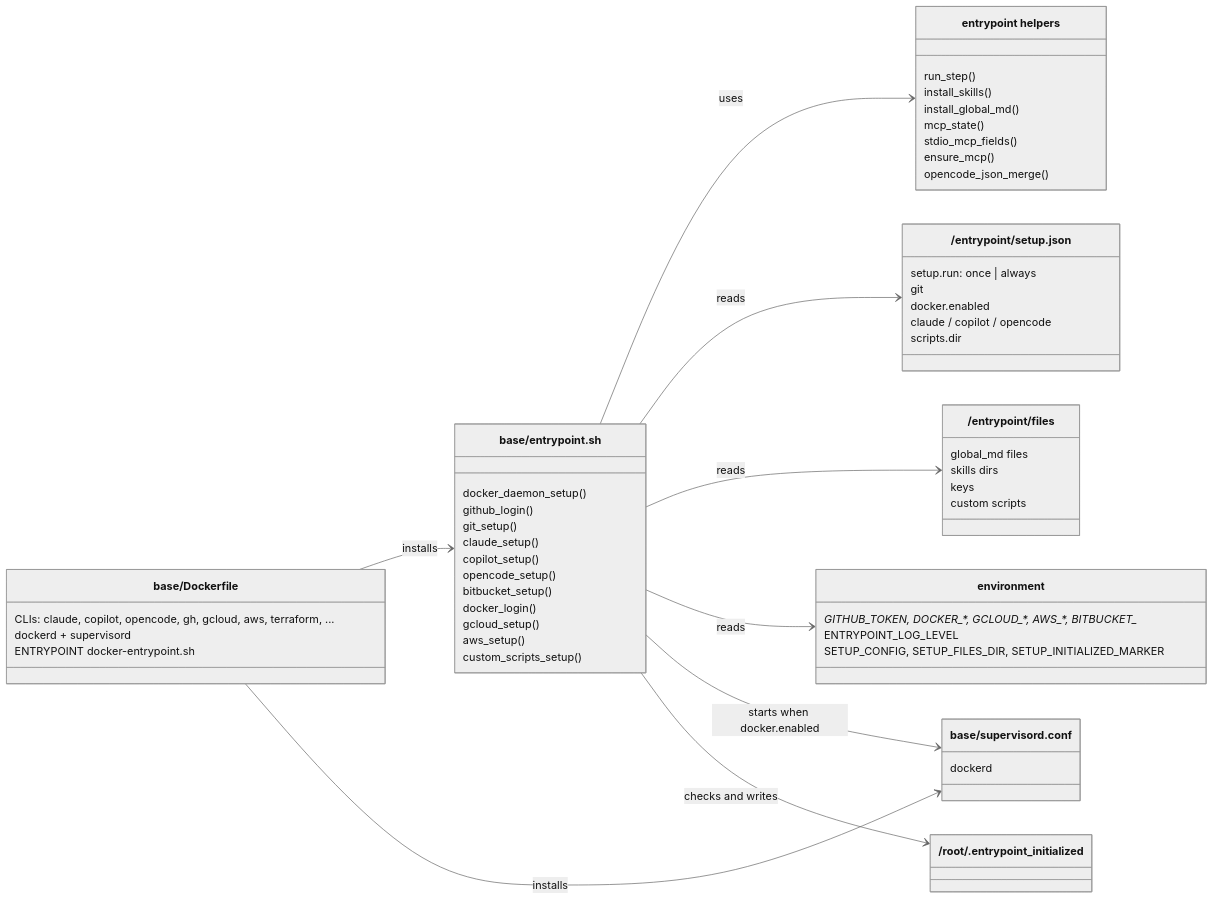
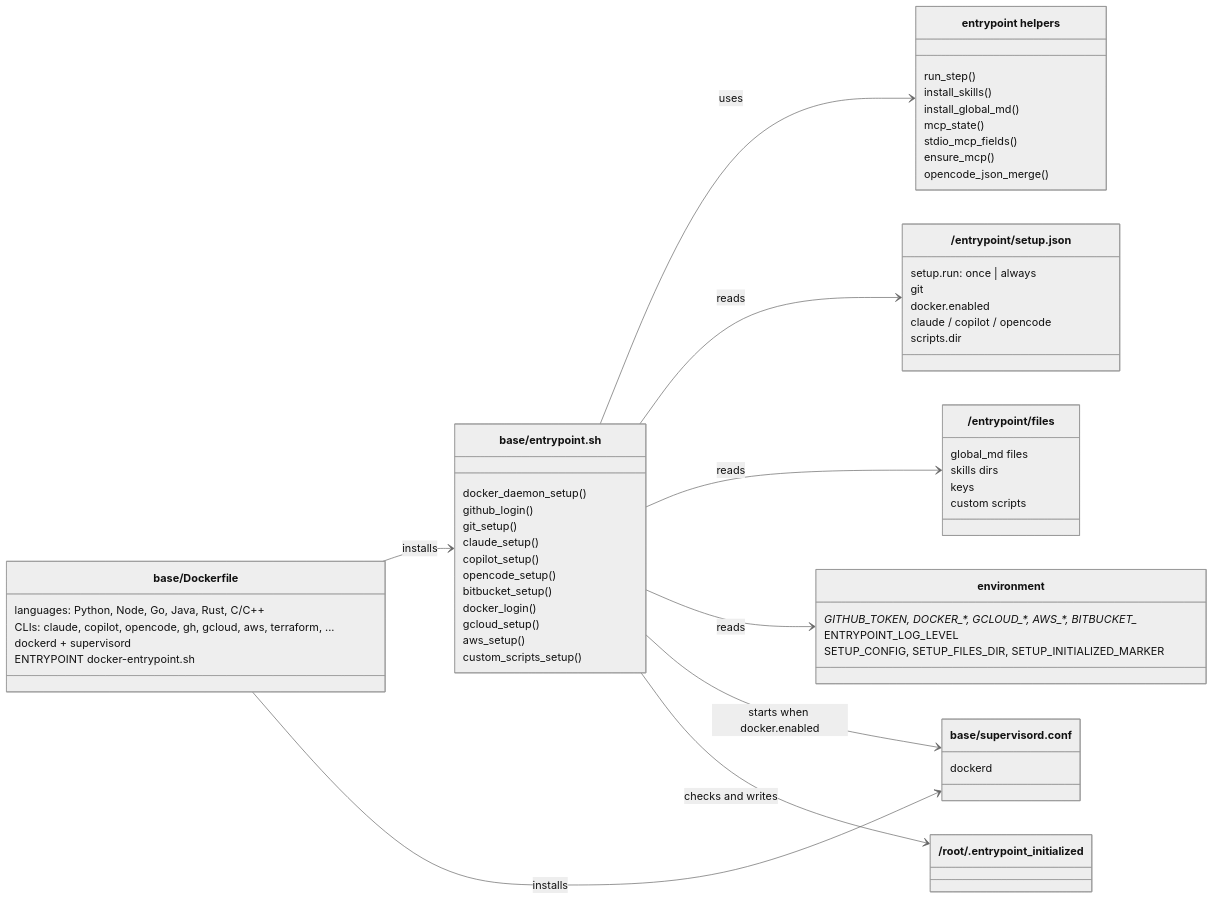
One commit to cristianat98/Development-Docker changed the diagram in docs/uml.md. Above: the diagram before and after it, drawn with Mermaid (neutral theme). The commit also changed 2 other files, not shown here.

Commit message:
feat(dockerfile): Go 1.27.1, full C/C++ toolchain and Rust
- Go 1.21.5 -> 1.27.1; 1.21 stopped getting security fixes in 2024.
- C/C++: build-essential (gcc, g++, make, libc headers), pkg-config,
  cmake, gdb and libssl-dev, replacing the gcc-only install.
- Rust: rustup with the stable toolchain (minimal profile) plus clippy
  and rustfmt, under /root/.rustup and /root/.cargo, on PATH.

````diff
--- a/docs/uml.md
+++ b/docs/uml.md
@@ -5,63 +5,64 @@
 ```mermaid
 classDiagram
     direction LR
 
     class Dockerfile["base/Dockerfile"] {
+        languages: Python, Node, Go, Java, Rust, C/C++
         CLIs: claude, copilot, opencode, gh, gcloud, aws, terraform, ...
         dockerd + supervisord
         ENTRYPOINT docker-entrypoint.sh
     }
     class Entrypoint["base/entrypoint.sh"] {
         docker_daemon_setup()
         github_login()
         git_setup()
         claude_setup()
         copilot_setup()
         opencode_setup()
         bitbucket_setup()
         docker_login()
         gcloud_setup()
         aws_setup()
         custom_scripts_setup()
     }
     class Helpers["entrypoint helpers"] {
         run_step()
         install_skills()
         install_global_md()
         mcp_state()
         stdio_mcp_fields()
         ensure_mcp()
         opencode_json_merge()
     }
     class SetupJson["/entrypoint/setup.json"] {
         setup.run: once | always
         git
         docker.enabled
         claude / copilot / opencode
         scripts.dir
     }
     class Files["/entrypoint/files"] {
         global_md files
         skills dirs
         keys
         custom scripts
     }
     class Env["environment"] {
         GITHUB_TOKEN, DOCKER_*, GCLOUD_*, AWS_*, BITBUCKET_*
         ENTRYPOINT_LOG_LEVEL
         SETUP_CONFIG, SETUP_FILES_DIR, SETUP_INITIALIZED_MARKER
     }
     class Supervisord["base/supervisord.conf"] {
         dockerd
     }
     class Marker["/root/.entrypoint_initialized"]
 
     Dockerfile --> Entrypoint : installs
     Dockerfile --> Supervisord : installs
     Entrypoint --> Helpers : uses
     Entrypoint --> SetupJson : reads
     Entrypoint --> Files : reads
     Entrypoint --> Env : reads
     Entrypoint --> Supervisord : starts when docker.enabled
     Entrypoint --> Marker : checks and writes
 ```
````
